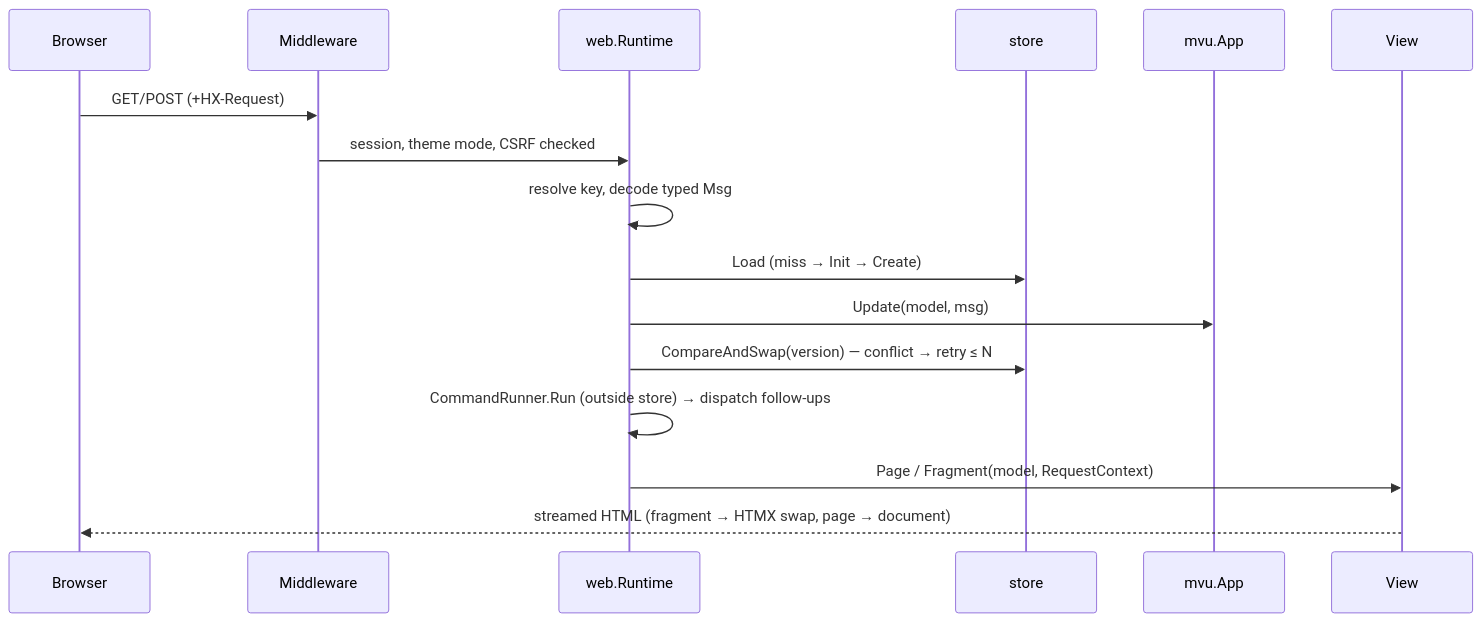
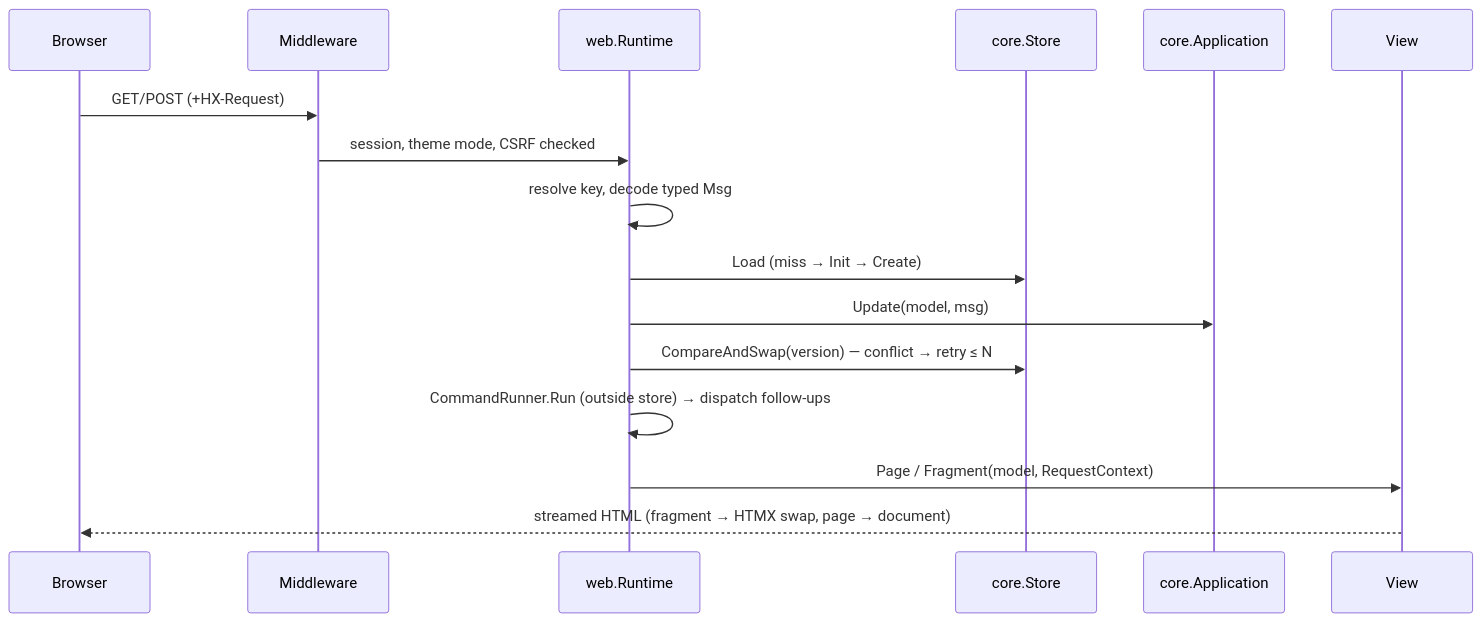
The second of 2 diagrams in docs/architecture.md (dmundt/go-mvu), drawn with Mermaid before and after one commit. The commit also changed other lines of this file and 75 other files, not shown here.

````diff
--- a/docs/architecture.md
+++ b/docs/architecture.md
@@ -133,18 +136,18 @@
 ```mermaid
 sequenceDiagram
   participant B as Browser
   participant M as Middleware
   participant R as web.Runtime
-  participant S as store
-  participant A as mvu.App
+  participant S as core.Store
+  participant A as core.Application
   participant V as View
   B->>M: GET/POST (+HX-Request)
   M->>R: session, theme mode, CSRF checked
   R->>R: resolve key, decode typed Msg
   R->>S: Load (miss → Init → Create)
   R->>A: Update(model, msg)
   R->>S: CompareAndSwap(version) — conflict → retry ≤ N
   R->>R: CommandRunner.Run (outside store) → dispatch follow-ups
   R->>V: Page / Fragment(model, RequestContext)
   V-->>B: streamed HTML (fragment → HTMX swap, page → document)
 ```
````
